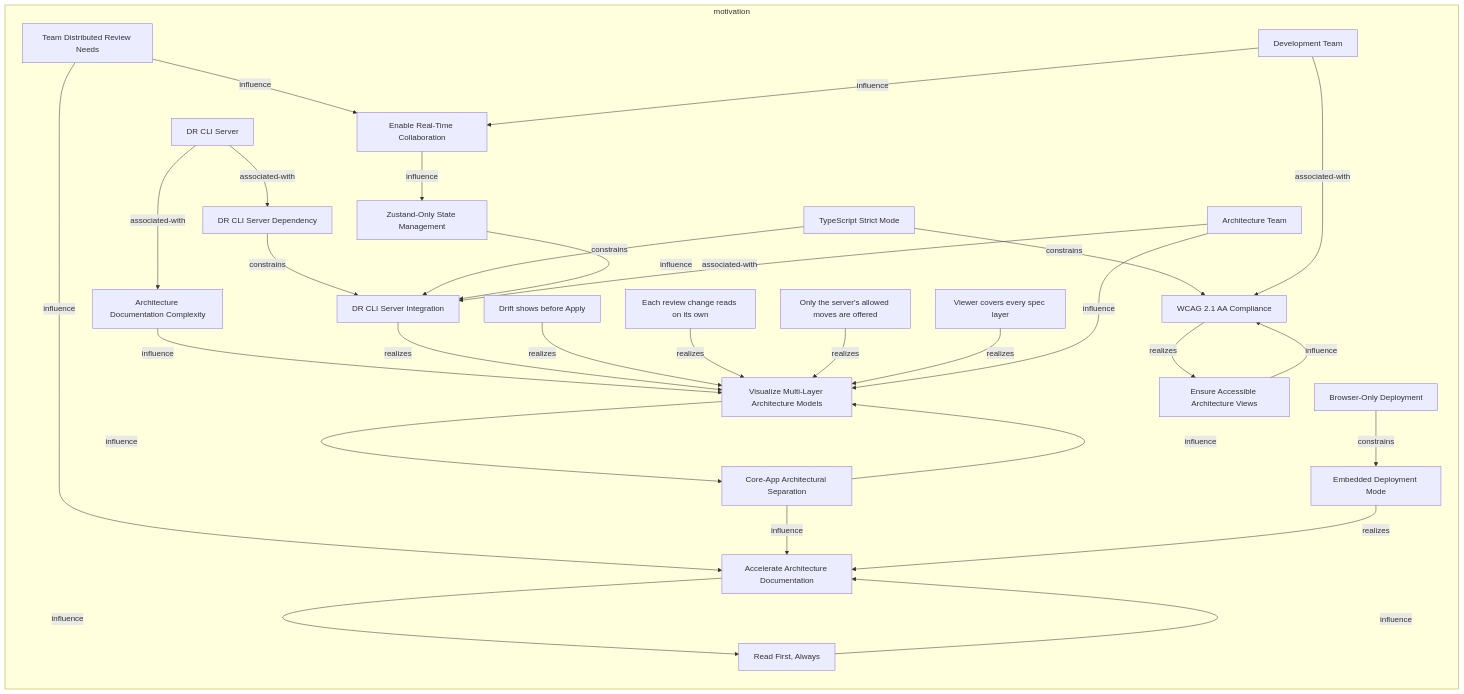
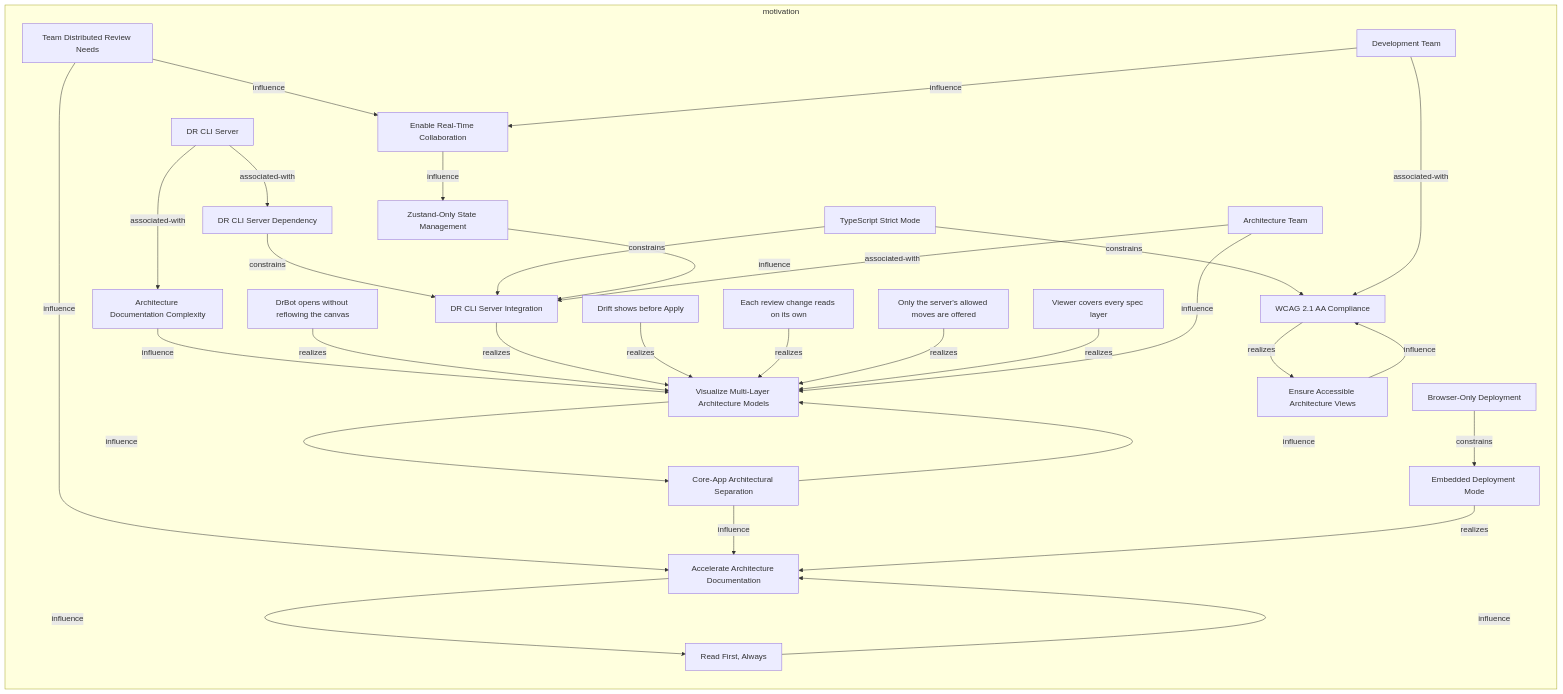
The first of 2 diagrams in documentation-robotics/reports/01-motivation-layer-report.md (tinkermonkey/documentation_robotics_viewer), drawn with Mermaid before and after one commit. The commit also changed other lines of this file and 30 other files, not shown here.

````diff
--- a/documentation-robotics/reports/01-motivation-layer-report.md
+++ b/documentation-robotics/reports/01-motivation-layer-report.md
@@ -31,55 +31,57 @@
 ```mermaid
 flowchart LR
   subgraph motivation
     motivation_constraint_browser_only_deployment["Browser-Only Deployment"]
     motivation_constraint_dr_cli_server_dependency["DR CLI Server Dependency"]
     motivation_constraint_type_script_strict_mode["TypeScript Strict Mode"]
     motivation_driver_architecture_documentation_complexity["Architecture Documentation Complexity"]
     motivation_driver_team_distributed_review_needs["Team Distributed Review Needs"]
     motivation_goal_accelerate_architecture_documentation["Accelerate Architecture Documentation"]
     motivation_goal_enable_real_time_collaboration["Enable Real-Time Collaboration"]
     motivation_goal_ensure_accessible_architecture_views["Ensure Accessible Architecture Views"]
     motivation_goal_visualize_multi_layer_architecture_models["Visualize Multi-Layer Architecture Models"]
     motivation_principle_core_app_architectural_separation["Core-App Architectural Separation"]
     motivation_principle_read_first_always["Read First, Always"]
     motivation_principle_zustand_only_state_management["Zustand-Only State Management"]
+    motivation_requirement_dr_bot_opens_without_reflowing_the_canvas["DrBot opens without reflowing the canvas"]
     motivation_requirement_dr_cli_server_integration["DR CLI Server Integration"]
     motivation_requirement_drift_shows_before_apply["Drift shows before Apply"]
     motivation_requirement_each_review_change_reads_on_its_own["Each review change reads on its own"]
     motivation_requirement_embedded_deployment_mode["Embedded Deployment Mode"]
     motivation_requirement_only_the_servers_allowed_moves_are_offered["Only the server's allowed moves are offered"]
     motivation_requirement_viewer_covers_every_spec_layer["Viewer covers every spec layer"]
     motivation_requirement_wcag_21_aa_compliance["WCAG 2.1 AA Compliance"]
     motivation_stakeholder_architecture_team["Architecture Team"]
     motivation_stakeholder_development_team["Development Team"]
     motivation_stakeholder_dr_cli_server["DR CLI Server"]
     motivation_constraint_browser_only_deployment -->|constrains| motivation_requirement_embedded_deployment_mode
     motivation_constraint_dr_cli_server_dependency -->|constrains| motivation_requirement_dr_cli_server_integration
     motivation_constraint_type_script_strict_mode -->|constrains| motivation_requirement_dr_cli_server_integration
     motivation_constraint_type_script_strict_mode -->|constrains| motivation_requirement_wcag_21_aa_compliance
     motivation_driver_architecture_documentation_complexity -->|influence| motivation_goal_visualize_multi_layer_architecture_models
     motivation_driver_team_distributed_review_needs -->|influence| motivation_goal_accelerate_architecture_documentation
     motivation_driver_team_distributed_review_needs -->|influence| motivation_goal_enable_real_time_collaboration
     motivation_goal_accelerate_architecture_documentation -->|influence| motivation_principle_read_first_always
     motivation_goal_enable_real_time_collaboration -->|influence| motivation_principle_zustand_only_state_management
     motivation_goal_ensure_accessible_architecture_views -->|influence| motivation_requirement_wcag_21_aa_compliance
     motivation_goal_visualize_multi_layer_architecture_models -->|influence| motivation_principle_core_app_architectural_separation
     motivation_principle_core_app_architectural_separation -->|influence| motivation_goal_accelerate_architecture_documentation
     motivation_principle_core_app_architectural_separation -->|influence| motivation_goal_visualize_multi_layer_architecture_models
     motivation_principle_read_first_always -->|influence| motivation_goal_accelerate_architecture_documentation
     motivation_principle_zustand_only_state_management -->|influence| motivation_requirement_dr_cli_server_integration
+    motivation_requirement_dr_bot_opens_without_reflowing_the_canvas -->|realizes| motivation_goal_visualize_multi_layer_architecture_models
     motivation_requirement_dr_cli_server_integration -->|realizes| motivation_goal_visualize_multi_layer_architecture_models
     motivation_requirement_drift_shows_before_apply -->|realizes| motivation_goal_visualize_multi_layer_architecture_models
     motivation_requirement_each_review_change_reads_on_its_own -->|realizes| motivation_goal_visualize_multi_layer_architecture_models
     motivation_requirement_embedded_deployment_mode -->|realizes| motivation_goal_accelerate_architecture_documentation
     motivation_requirement_only_the_servers_allowed_moves_are_offered -->|realizes| motivation_goal_visualize_multi_layer_architecture_models
     motivation_requirement_viewer_covers_every_spec_layer -->|realizes| motivation_goal_visualize_multi_layer_architecture_models
     motivation_requirement_wcag_21_aa_compliance -->|realizes| motivation_goal_ensure_accessible_architecture_views
     motivation_stakeholder_architecture_team -->|associated-with| motivation_requirement_dr_cli_server_integration
     motivation_stakeholder_architecture_team -->|influence| motivation_goal_visualize_multi_layer_architecture_models
     motivation_stakeholder_development_team -->|associated-with| motivation_requirement_wcag_21_aa_compliance
     motivation_stakeholder_development_team -->|influence| motivation_goal_enable_real_time_collaboration
     motivation_stakeholder_dr_cli_server -->|associated-with| motivation_constraint_dr_cli_server_dependency
     motivation_stakeholder_dr_cli_server -->|associated-with| motivation_driver_architecture_documentation_complexity
   end
 ```
````
